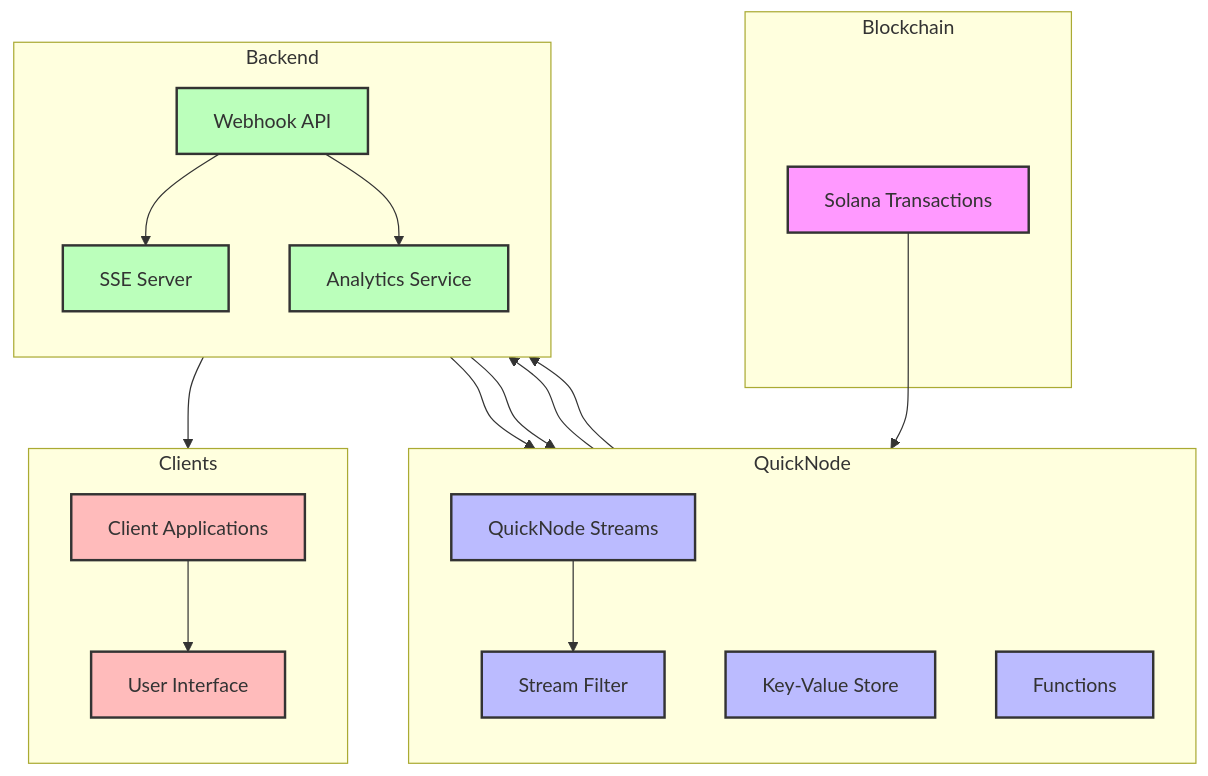
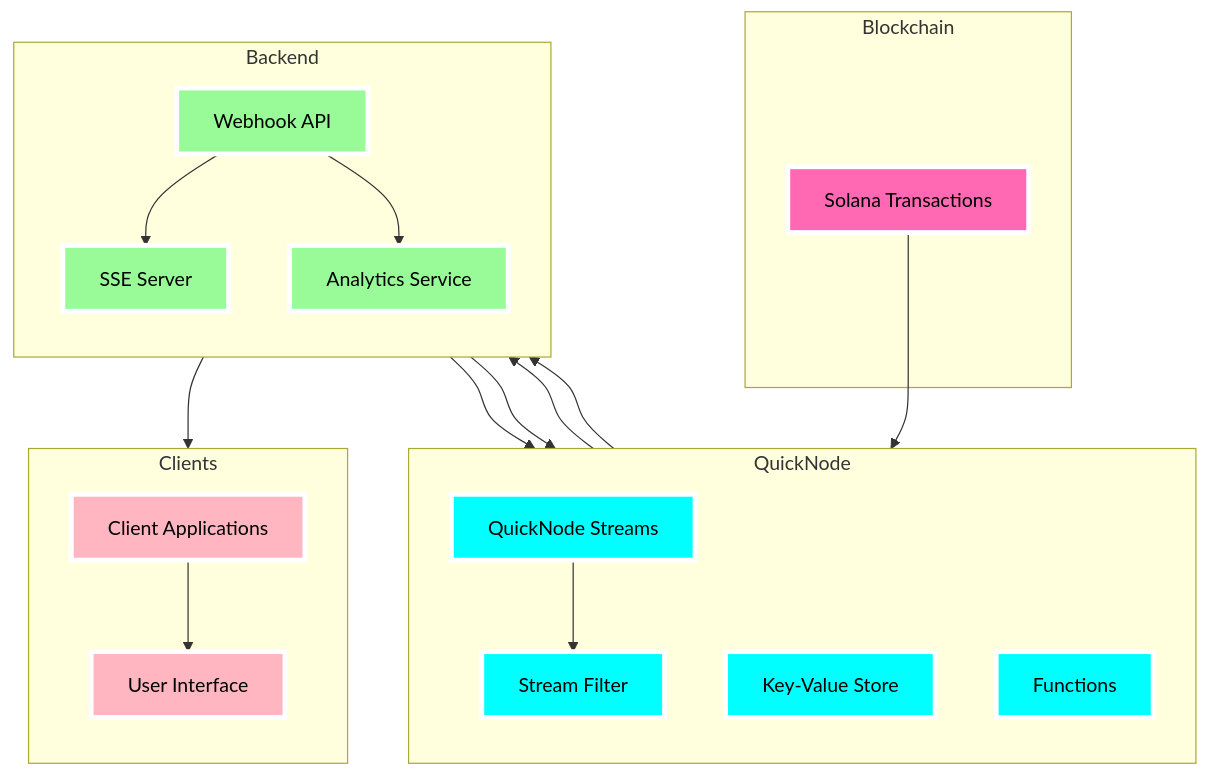
One commit to danielAsaboro/ripple changed the second of 5 diagrams in README.md. Above: the diagram before and after it, drawn with Mermaid.

Commit message:
Your commit message

````diff
--- a/README.md
+++ b/README.md
@@ -89,48 +89,48 @@
 ```mermaid
 flowchart TB
     subgraph Blockchain
         ST[Solana Transactions]
     end
 
     subgraph QuickNode
         direction TB
         QS[QuickNode Streams]
         SF[Stream Filter]
         KV[Key-Value Store]
         FN[Functions]
     end
 
     subgraph Backend
         direction TB
         WH[Webhook API]
         AN[Analytics Service]
         SSE[SSE Server]
     end
 
     subgraph Clients
         direction TB
         CL[Client Applications]
         UI[User Interface]
     end
 
     ST --> QS
     QS --> SF
     SF --> WH
     WH --> SSE
     WH --> AN
     AN --> KV
     SSE --> CL
     CL --> UI
     AN --> KV
     KV --> AN
 
-    classDef blockchain fill:#f9f,stroke:#333,stroke-width:2px
-    classDef quicknode fill:#bbf,stroke:#333,stroke-width:2px
-    classDef backend fill:#bfb,stroke:#333,stroke-width:2px
-    classDef client fill:#fbb,stroke:#333,stroke-width:2px
+    classDef blockchain fill:#FF69B4,stroke:#fff,stroke-width:4px,color:#000
+    classDef quicknode fill:#00FFFF,stroke:#fff,stroke-width:4px,color:#000
+    classDef backend fill:#98FB98,stroke:#fff,stroke-width:4px,color:#000
+    classDef client fill:#FFB6C1,stroke:#fff,stroke-width:4px,color:#000
     
     class ST blockchain
     class QS,SF,KV,FN quicknode
     class WH,AN,SSE backend
     class CL,UI client
 ```
````
